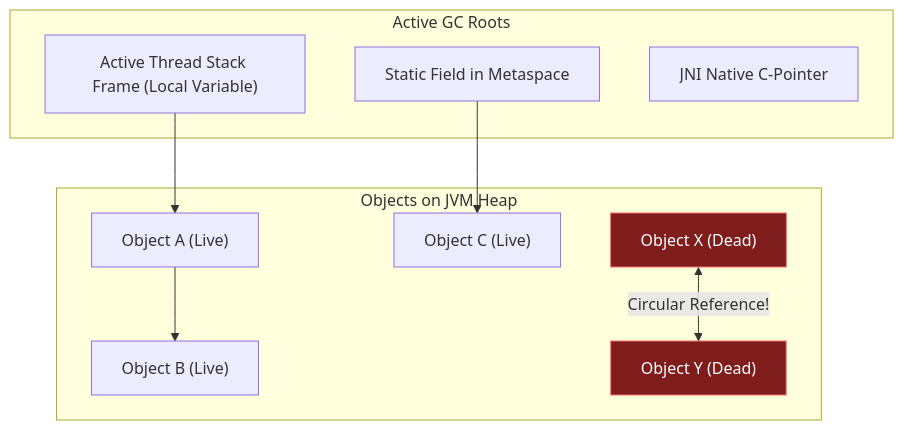
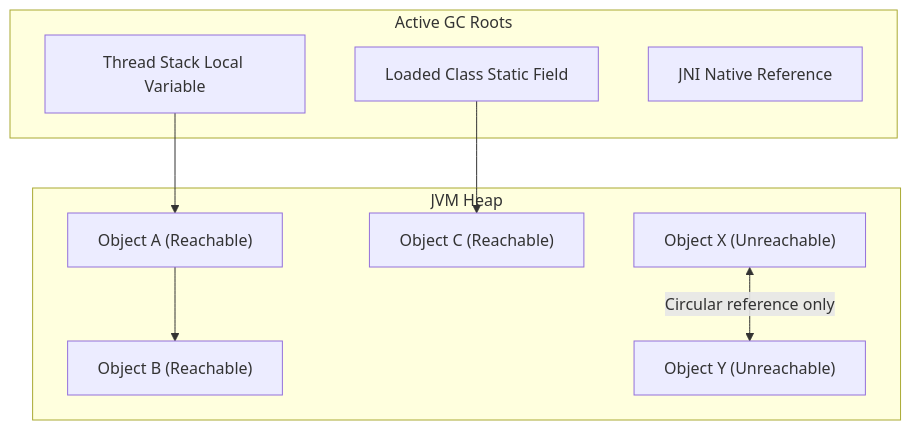
The first of 2 diagrams in content/roadmap/level-3/garbage-collection-basics.md (ravishankar2463/java_hub), drawn with Mermaid before and after one commit. The commit also changed other lines of this file and 119 other files, not shown here.

Commit message:
feat: add comprehensive java learning roadmap content across multiple levels

````diff
--- a/content/roadmap/level-3/garbage-collection-basics.md
+++ b/content/roadmap/level-3/garbage-collection-basics.md
@@ -62,26 +20,21 @@
 ```mermaid
 flowchart TD
     subgraph GCRoots ["Active GC Roots"]
-        Root1["Active Thread Stack Frame (Local Variable)"]
-        Root2["Static Field in Metaspace"]
-        Root3["JNI Native C-Pointer"]
+        StackRoot["Thread Stack Local Variable"]
+        StaticRoot["Loaded Class Static Field"]
+        JniRoot["JNI Native Reference"]
     end
 
-    subgraph HeapObjects ["Objects on JVM Heap"]
-        ObjA["Object A (Live)"]
-        ObjB["Object B (Live)"]
-        ObjC["Object C (Live)"]
-
-        ObjX["Object X (Dead)"]
-        ObjY["Object Y (Dead)"]
+    subgraph Heap ["JVM Heap"]
+        ObjA["Object A (Reachable)"]
+        ObjB["Object B (Reachable)"]
+        ObjC["Object C (Reachable)"]
+        ObjX["Object X (Unreachable)"]
+        ObjY["Object Y (Unreachable)"]
     end
 
-    Root1 --> ObjA
+    StackRoot --> ObjA
     ObjA --> ObjB
-    Root2 --> ObjC
-
-    ObjX <-->|"Circular Reference!"| ObjY
-
-    style ObjX fill:#7f1d1d,stroke:#f87171,color:#fff
-    style ObjY fill:#7f1d1d,stroke:#f87171,color:#fff
+    StaticRoot --> ObjC
+    ObjX <-->|"Circular reference only"| ObjY
 ```
````
